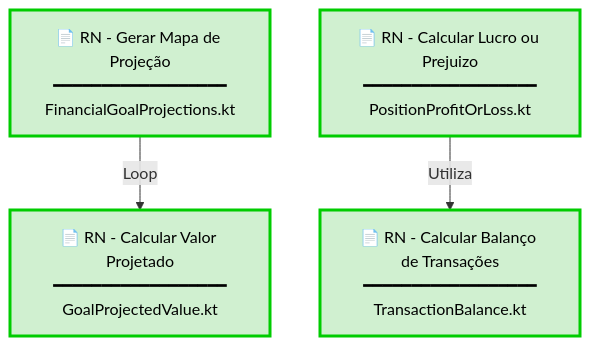
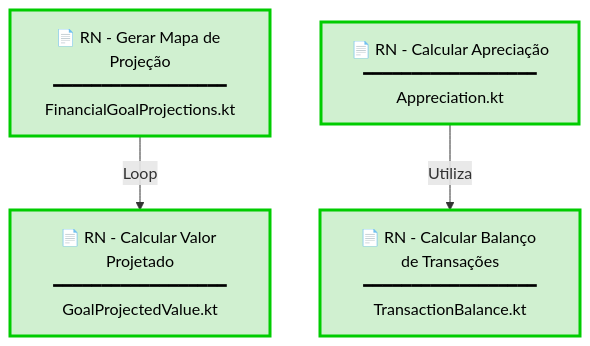
One commit to enirsilvaferraz/Investments-KMP changed the diagram in docs/Modelagem das Regras de Negocio.md. Above: the diagram before and after it, drawn with Mermaid. The commit also changed other lines of this file and 12 other files, not shown here.

````diff
--- a/docs/Modelagem das Regras de Negocio.md
+++ b/docs/Modelagem das Regras de Negocio.md
@@ -9,15 +9,15 @@
 ```mermaid
 graph TB
     RN1["📄 RN - Calcular Balanço de Transações<br/>━━━━━━━━━━━━━━━━━━<br/>TransactionBalance.kt"]
     RN2["📄 RN - Calcular Valor Projetado<br/>━━━━━━━━━━━━━━━━━━<br/>GoalProjectedValue.kt"]
     RN3["📄 RN - Gerar Mapa de Projeção<br/>━━━━━━━━━━━━━━━━━━<br/>FinancialGoalProjections.kt"]
-    RN4["📄 RN - Calcular Lucro ou Prejuizo<br/>━━━━━━━━━━━━━━━━━━<br/>PositionProfitOrLoss.kt"]
+    RN4["📄 RN - Calcular Apreciação<br/>━━━━━━━━━━━━━━━━━━<br/>Appreciation.kt"]
     
     RN3 --> | Loop | RN2
     RN4 --> | Utiliza | RN1
     
     style RN1 fill:#d0f0d0,stroke:#00cc00,stroke-width:3px,color:#000
     style RN2 fill:#d0f0d0,stroke:#00cc00,stroke-width:3px,color:#000
     style RN3 fill:#d0f0d0,stroke:#00cc00,stroke-width:3px,color:#000
     style RN4 fill:#d0f0d0,stroke:#00cc00,stroke-width:3px,color:#000
 ```
````
